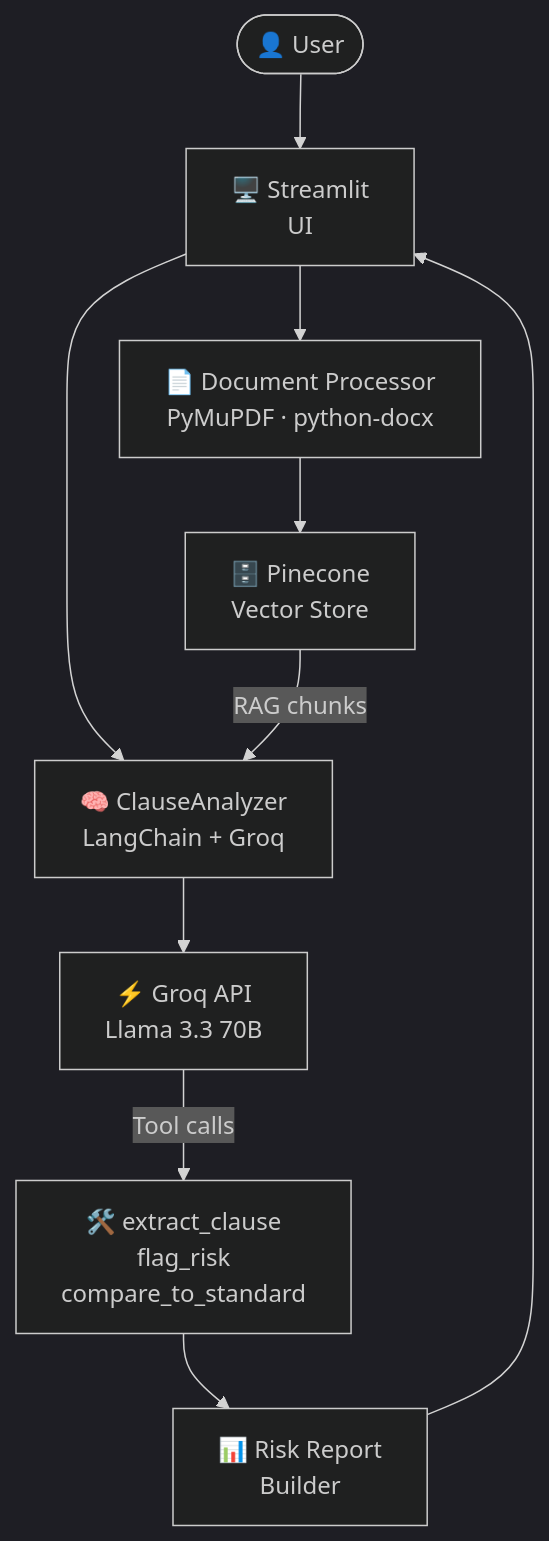
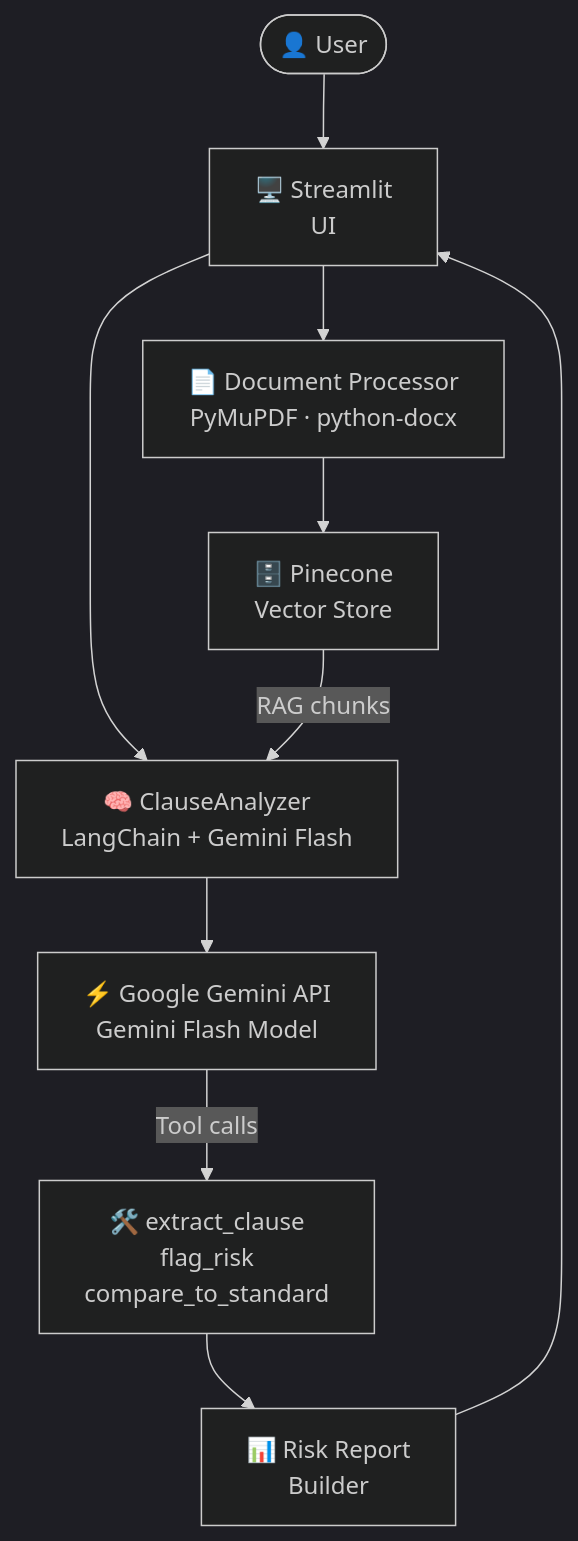
The first of 2 diagrams in README.md (vaibhavsimha-j/Clauseguard), drawn with Mermaid (dark theme) before and after one commit. The commit also changed other lines of this file, not shown here.

````diff
--- a/README.md
+++ b/README.md
@@ -24,12 +24,12 @@
 ```mermaid
 flowchart TD
     A([👤 User]) --> B["🖥️ Streamlit\nUI"]
     B --> C["📄 Document Processor\nPyMuPDF · python-docx"]
     C --> D["🗄️ Pinecone\nVector Store"]
-    B --> E["🧠 ClauseAnalyzer\nLangChain + Groq"]
+    B --> E["🧠 ClauseAnalyzer\nLangChain + Gemini Flash"]
     D -->|RAG chunks| E
-    E --> F["⚡ Groq API\nLlama 3.3 70B"]
+    E --> F["⚡ Google Gemini API\nGemini Flash Model"]
     F -->|Tool calls| G["🛠️ extract_clause\nflag_risk\ncompare_to_standard"]
     G --> H["📊 Risk Report\nBuilder"]
     H --> B
 ```
````
